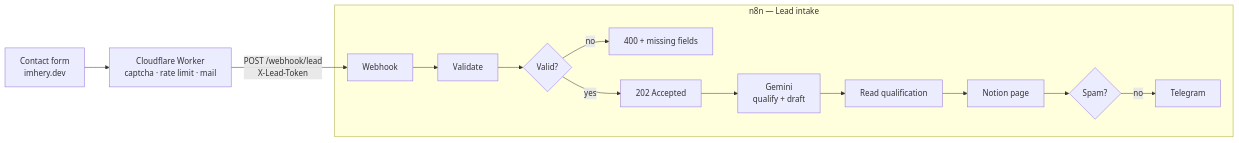
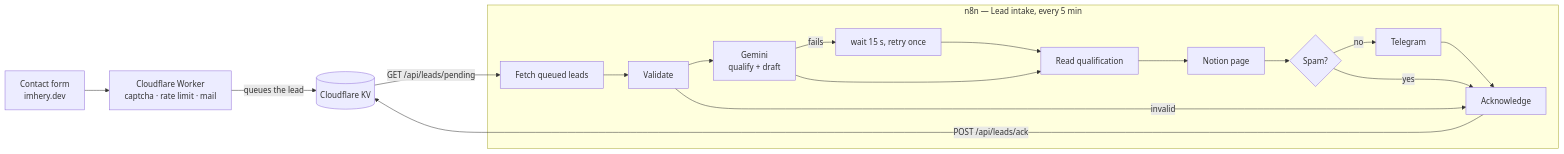
One commit to Hery0019/lead-assistant changed the diagram in README.md. Above: the diagram before and after it, drawn with Mermaid. The commit also changed other lines of this file, not shown here.

````diff
--- a/README.md
+++ b/README.md
@@ -10,12 +10,17 @@
 ```mermaid
 flowchart LR
   F[Contact form<br/>imhery.dev] --> W[Cloudflare Worker<br/>captcha · rate limit · mail]
-  W -- "POST /webhook/lead<br/>X-Lead-Token" --> H[Webhook]
-  subgraph n8n [n8n — Lead intake]
-    H --> V[Validate] --> Q{Valid?}
-    Q -- no --> R400[400 + missing fields]
-    Q -- yes --> R202[202 Accepted] --> G[Gemini<br/>qualify + draft] --> P[Read qualification]
-    P --> N[Notion page] --> S{Spam?}
+  W -- "queues the lead" --> K[(Cloudflare KV)]
+  subgraph n8n [n8n — Lead intake, every 5 min]
+    P[Fetch queued leads] --> V[Validate] --> G[Gemini<br/>qualify + draft]
+    G -- "fails" --> R[wait 15 s, retry once] --> Q
+    G --> Q[Read qualification] --> N[Notion page]
+    N --> S{Spam?}
     S -- no --> T[Telegram]
+    T --> A[Acknowledge]
+    S -- yes --> A
+    V -- invalid --> A
   end
+  K -- "GET /api/leads/pending" --> P
+  A -- "POST /api/leads/ack" --> K
 ```
````
